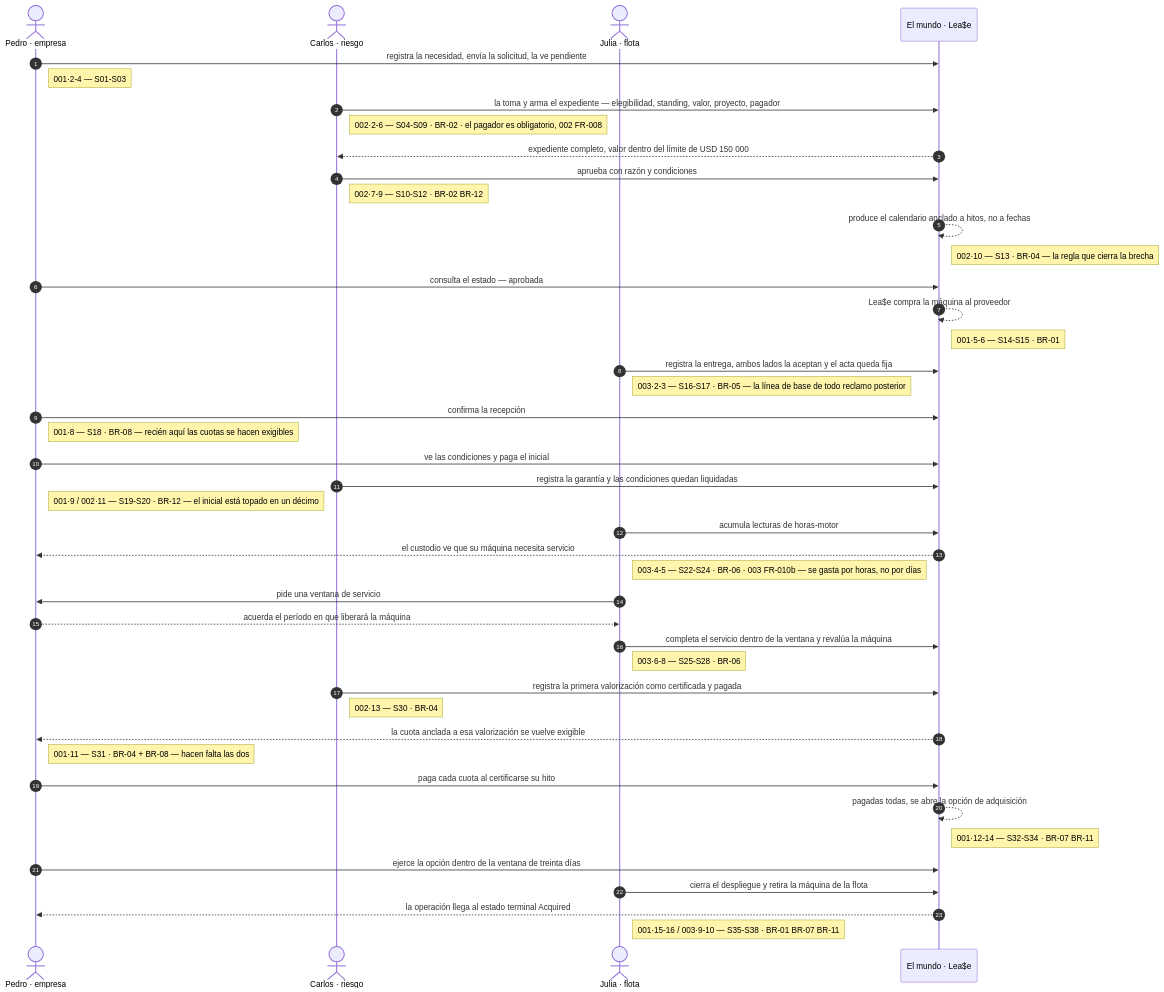
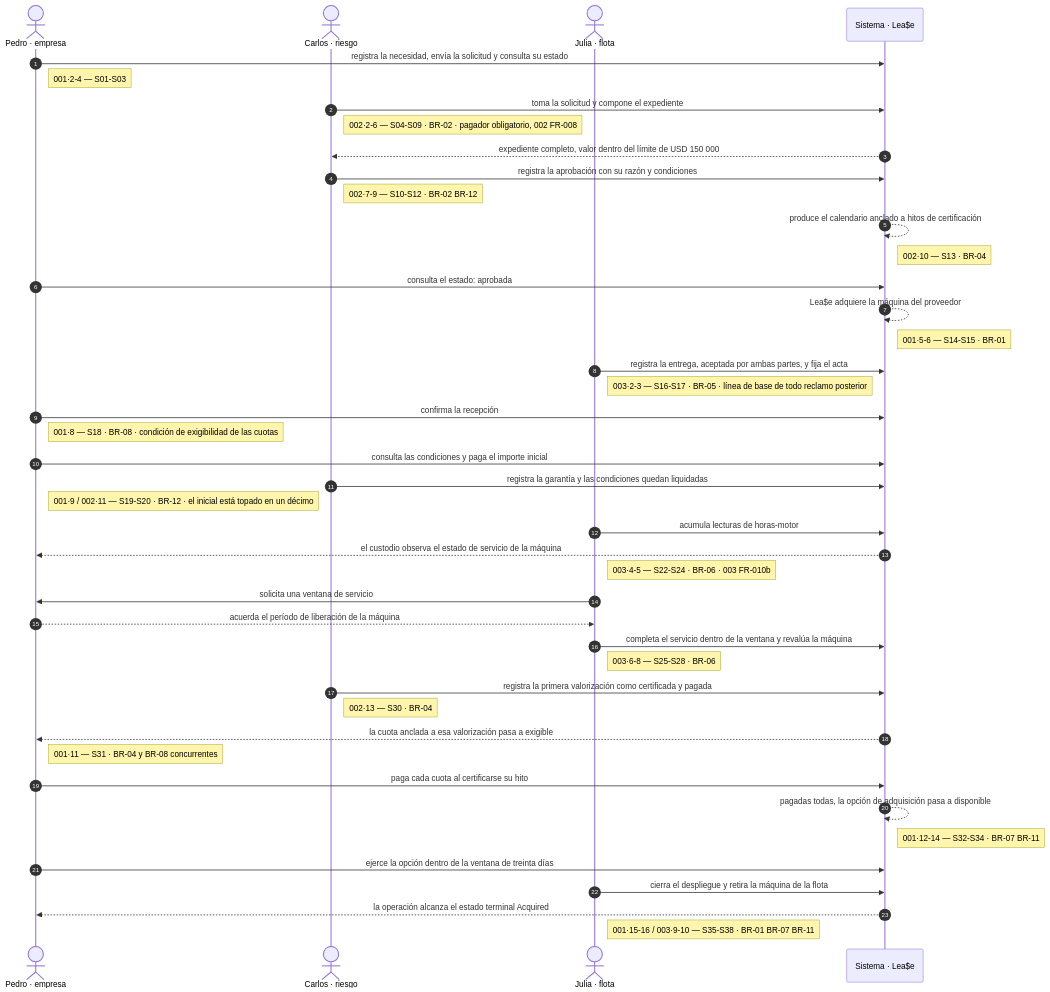
One commit to LuisMUtec/SWA-LAB02-Lease changed the fourth of 4 diagrams in docs/ARCHITECTURE.md. Above: the diagram before and after it, drawn with Mermaid. The commit also changed other lines of this file, not shown here.

First line of the commit message:
Ajustar el registro del documento de arquitectura

````diff
--- a/docs/ARCHITECTURE.md
+++ b/docs/ARCHITECTURE.md
@@ -267,54 +275,54 @@
 ```mermaid
 sequenceDiagram
     autonumber
     actor P as Pedro · empresa
     actor C as Carlos · riesgo
     actor J as Julia · flota
-    participant W as El mundo · Lea$e
+    participant W as Sistema · Lea$e
 
-    P->>W: registra la necesidad, envía la solicitud, la ve pendiente
+    P->>W: registra la necesidad, envía la solicitud y consulta su estado
     Note right of P: 001·2-4 — S01-S03
 
-    C->>W: la toma y arma el expediente — elegibilidad, standing, valor, proyecto, pagador
-    Note right of C: 002·2-6 — S04-S09 · BR-02 · el pagador es obligatorio, 002 FR-008
+    C->>W: toma la solicitud y compone el expediente
+    Note right of C: 002·2-6 — S04-S09 · BR-02 · pagador obligatorio, 002 FR-008
 
     W-->>C: expediente completo, valor dentro del límite de USD 150 000
-    C->>W: aprueba con razón y condiciones
+    C->>W: registra la aprobación con su razón y condiciones
     Note right of C: 002·7-9 — S10-S12 · BR-02 BR-12
-    W-->>W: produce el calendario anclado a hitos, no a fechas
-    Note right of W: 002·10 — S13 · BR-04 — la regla que cierra la brecha
+    W-->>W: produce el calendario anclado a hitos de certificación
+    Note right of W: 002·10 — S13 · BR-04
 
-    P->>W: consulta el estado — aprobada
-    W-->>W: Lea$e compra la máquina al proveedor
+    P->>W: consulta el estado: aprobada
+    W-->>W: Lea$e adquiere la máquina del proveedor
     Note right of W: 001·5-6 — S14-S15 · BR-01
 
-    J->>W: registra la entrega, ambos lados la aceptan y el acta queda fija
-    Note right of J: 003·2-3 — S16-S17 · BR-05 — la línea de base de todo reclamo posterior
+    J->>W: registra la entrega, aceptada por ambas partes, y fija el acta
+    Note right of J: 003·2-3 — S16-S17 · BR-05 · línea de base de todo reclamo posterior
 
     P->>W: confirma la recepción
-    Note right of P: 001·8 — S18 · BR-08 — recién aquí las cuotas se hacen exigibles
-    P->>W: ve las condiciones y paga el inicial
+    Note right of P: 001·8 — S18 · BR-08 · condición de exigibilidad de las cuotas
+    P->>W: consulta las condiciones y paga el importe inicial
     C->>W: registra la garantía y las condiciones quedan liquidadas
-    Note right of P: 001·9 / 002·11 — S19-S20 · BR-12 — el inicial está topado en un décimo
+    Note right of P: 001·9 / 002·11 — S19-S20 · BR-12 · el inicial está topado en un décimo
 
     J->>W: acumula lecturas de horas-motor
-    W-->>P: el custodio ve que su máquina necesita servicio
-    Note right of J: 003·4-5 — S22-S24 · BR-06 · 003 FR-010b — se gasta por horas, no por días
-    J->>P: pide una ventana de servicio
-    P-->>J: acuerda el período en que liberará la máquina
+    W-->>P: el custodio observa el estado de servicio de la máquina
+    Note right of J: 003·4-5 — S22-S24 · BR-06 · 003 FR-010b
+    J->>P: solicita una ventana de servicio
+    P-->>J: acuerda el período de liberación de la máquina
     J->>W: completa el servicio dentro de la ventana y revalúa la máquina
     Note right of J: 003·6-8 — S25-S28 · BR-06
 
     C->>W: registra la primera valorización como certificada y pagada
     Note right of C: 002·13 — S30 · BR-04
-    W-->>P: la cuota anclada a esa valorización se vuelve exigible
-    Note right of P: 001·11 — S31 · BR-04 + BR-08 — hacen falta las dos
+    W-->>P: la cuota anclada a esa valorización pasa a exigible
+    Note right of P: 001·11 — S31 · BR-04 y BR-08 concurrentes
     P->>W: paga cada cuota al certificarse su hito
-    W-->>W: pagadas todas, se abre la opción de adquisición
+    W-->>W: pagadas todas, la opción de adquisición pasa a disponible
     Note right of W: 001·12-14 — S32-S34 · BR-07 BR-11
 
     P->>W: ejerce la opción dentro de la ventana de treinta días
     J->>W: cierra el despliegue y retira la máquina de la flota
-    W-->>P: la operación llega al estado terminal Acquired
+    W-->>P: la operación alcanza el estado terminal Acquired
     Note right of J: 001·15-16 / 003·9-10 — S35-S38 · BR-01 BR-07 BR-11
 ```
````
